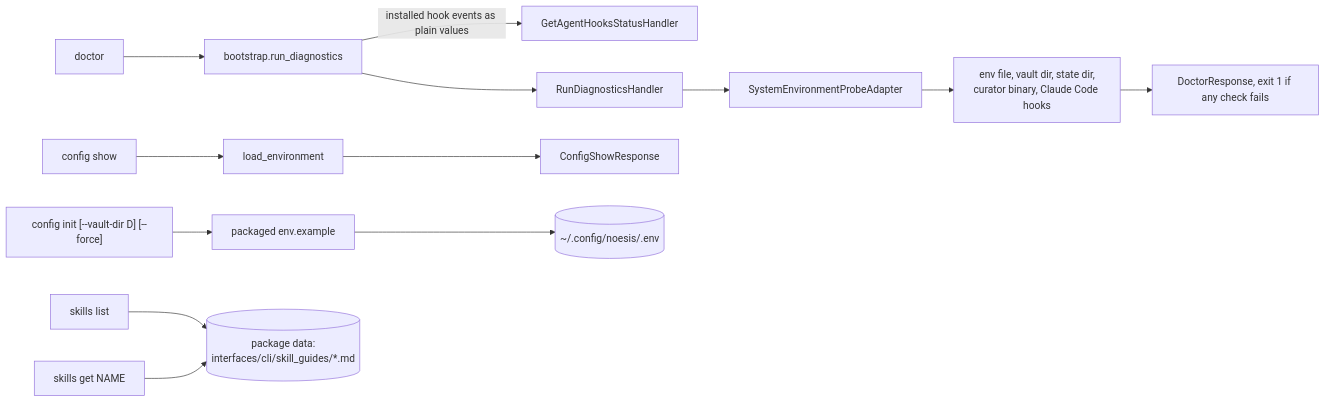
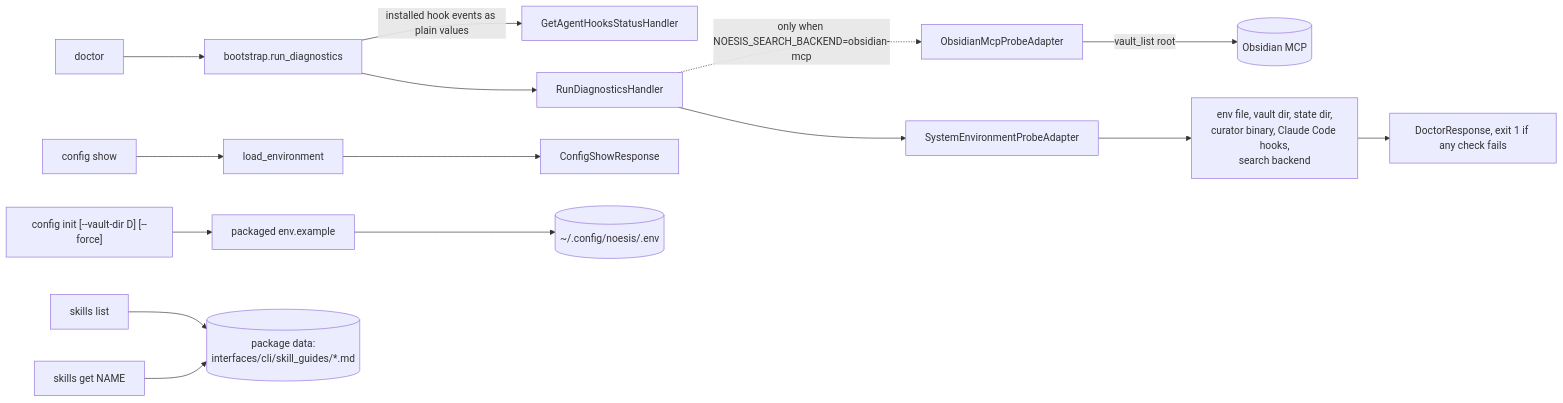
The diagram in docs/workflows/setup.md (p-hzamora/noesis), drawn with Mermaid before and after one commit. The commit also changed other lines of this file and 37 other files, not shown here.

First line of the commit message:
feat(knowledge): search notes through the Obsidian MCP when configured

````diff
--- a/docs/workflows/setup.md
+++ b/docs/workflows/setup.md
@@ -6,15 +6,17 @@
 ```mermaid
 flowchart LR
     doctor["doctor"] --> rd["bootstrap.run_diagnostics"]
     rd -->|installed hook events as plain values| hs[GetAgentHooksStatusHandler]
     rd --> dh[RunDiagnosticsHandler]
     dh --> probe[SystemEnvironmentProbeAdapter]
-    probe --> checks["env file, vault dir, state dir,<br/>curator binary, Claude Code hooks"]
+    dh -.->|"only when NOESIS_SEARCH_BACKEND=obsidian-mcp"| mp[ObsidianMcpProbeAdapter]
+    mp -->|"vault_list root"| obs[("Obsidian MCP")]
+    probe --> checks["env file, vault dir, state dir,<br/>curator binary, Claude Code hooks,<br/>search backend"]
     checks --> dr["DoctorResponse, exit 1 if any check fails"]
 
     show["config show"] --> env[load_environment] --> cs[ConfigShowResponse]
     init["config init [--vault-dir D] [--force]"] --> tpl["packaged env.example"] --> envfile[("~/.config/noesis/.env")]
 
     sl["skills list"] --> guides[("package data:<br/>interfaces/cli/skill_guides/*.md")]
     sg["skills get NAME"] --> guides
 ```
````
